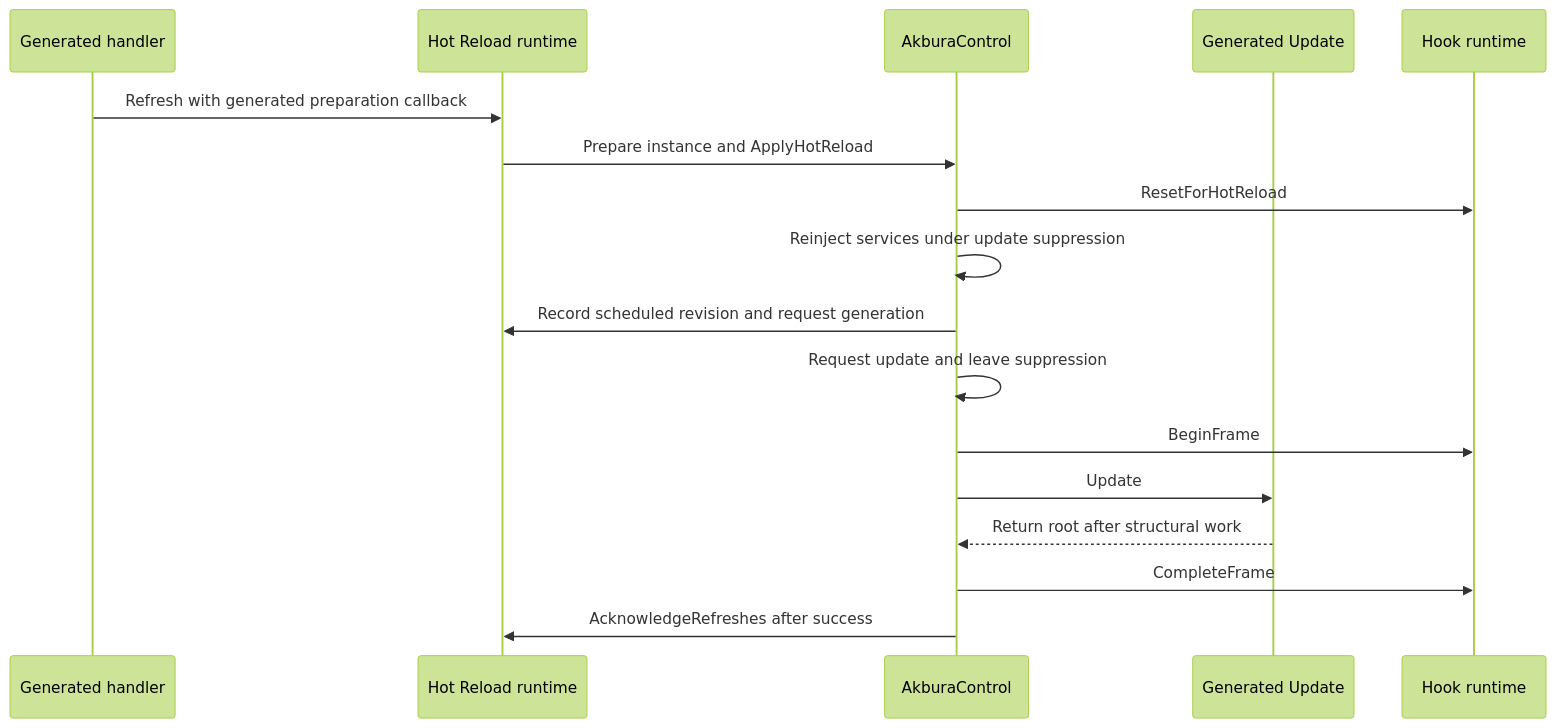
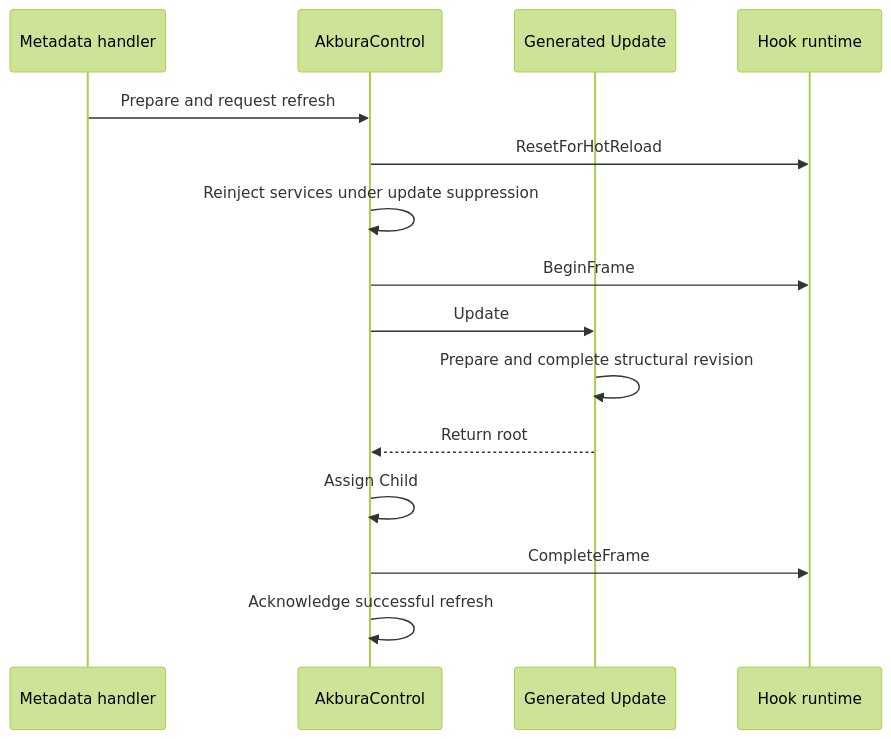
Before and after one commit to Asaicraft/Akbura: the second of 2 diagrams in For Contributors/hot-reload.md, drawn with Mermaid (forest theme). The commit also changed other lines of this file and 19 other files, not shown here.

Commit message:
test(hot-reload): add reproducible timing benchmarks

````diff
--- a/For Contributors/hot-reload.md
+++ b/For Contributors/hot-reload.md
@@ -289,19 +442,17 @@
 ```mermaid
 sequenceDiagram
-    participant H as Generated handler
-    participant R as Hot Reload runtime
+    participant H as Metadata handler
     participant C as AkburaControl
     participant G as Generated Update
     participant K as Hook runtime
-    H->>R: Refresh with generated preparation callback
-    R->>C: Prepare instance and ApplyHotReload
+    H->>C: Prepare and request refresh
     C->>K: ResetForHotReload
     C->>C: Reinject services under update suppression
-    C->>R: Record scheduled revision and request generation
-    C->>C: Request update and leave suppression
     C->>K: BeginFrame
     C->>G: Update
-    G-->>C: Return root after structural work
+    G->>G: Prepare and complete structural revision
+    G-->>C: Return root
+    C->>C: Assign Child
     C->>K: CompleteFrame
-    C->>R: AcknowledgeRefreshes after success
+    C->>C: Acknowledge successful refresh
 ```
````
